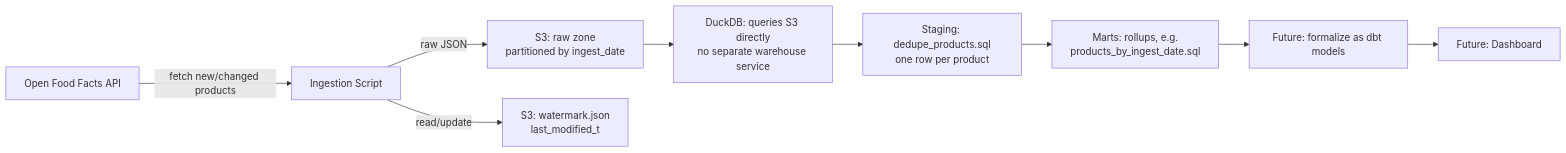
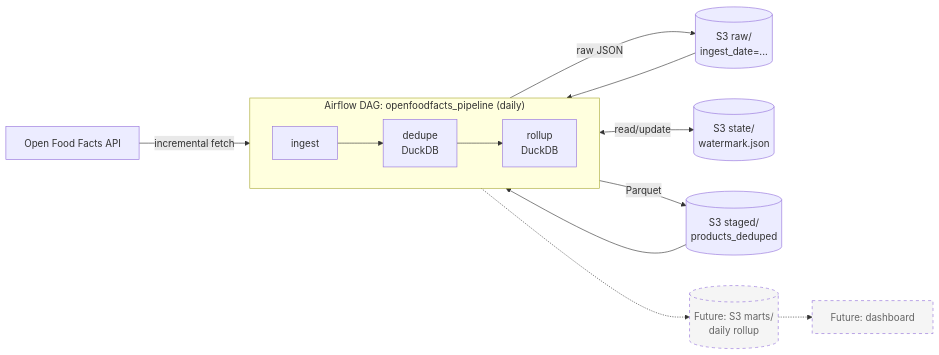
Before and after one commit to lemuelhmgs12/openfoodfacts-data-pipeline: the diagram in src/pipeline/docs/design.md, drawn with Mermaid. The commit also changed other lines of this file, not shown here.

````diff
--- a/src/pipeline/docs/design.md
+++ b/src/pipeline/docs/design.md
@@ -18,11 +27,21 @@
 ```mermaid
 flowchart LR
-    A[Open Food Facts API] -->|fetch new/changed products| B[Ingestion Script]
-    B -->|raw JSON| C[S3: raw zone<br/>partitioned by ingest_date]
-    B -->|read/update| D[S3: watermark.json<br/>last_modified_t]
-    C --> E[DuckDB: queries S3 directly<br/>no separate warehouse service]
-    E --> F[Staging: dedupe_products.sql<br/>one row per product]
-    F --> G[Marts: rollups, e.g.<br/>products_by_ingest_date.sql]
-    G --> H[Future: formalize as dbt models]
-    H --> I[Future: Dashboard]
+    A[Open Food Facts API]
+
+    subgraph AF["Airflow DAG: openfoodfacts_pipeline (daily)"]
+        direction LR
+        B[ingest] --> E[dedupe<br/>DuckDB] --> G[rollup<br/>DuckDB]
+    end
+
+    A -->|incremental fetch| B
+    B -->|raw JSON| C[(S3 raw/<br/>ingest_date=...)]
+    B <-->|read/update| D[(S3 state/<br/>watermark.json)]
+    C --> E
+    E -->|Parquet| F[(S3 staged/<br/>products_deduped)]
+    F --> G
+    G -.-> H[(Future: S3 marts/<br/>daily rollup)]
+    H -.-> I[Future: dashboard]
+
+    classDef future stroke-dasharray: 5 5,fill:#f5f5f5,color:#666
+    class H,I future
 ```
````
